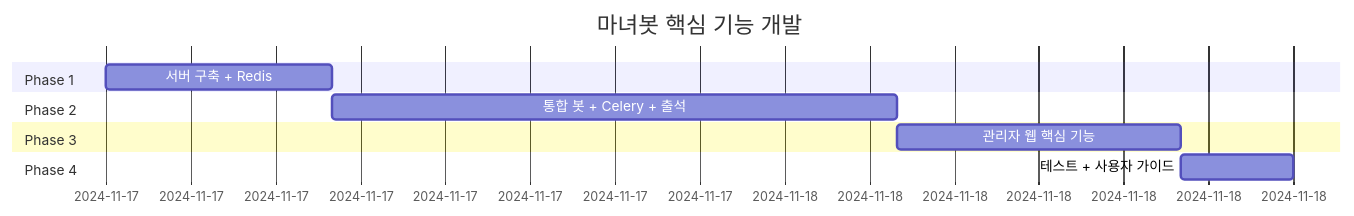
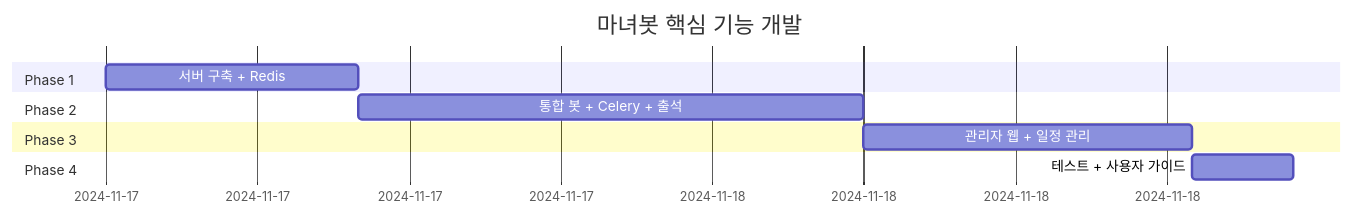
Before and after one commit to NinoNinoNinoling/commumanager: the diagram in docs/로드맵.md, drawn with Mermaid. The commit also changed other lines of this file and 2 other files, not shown here.

````diff
--- a/docs/로드맵.md
+++ b/docs/로드맵.md
@@ -9,13 +9,13 @@
 ```mermaid
 gantt
     title 마녀봇 핵심 기능 개발
     dateFormat  YYYY-MM-DD
     section Phase 1
-    서버 구축 + Redis      :p1, 2024-11-17, 8h
+    서버 구축 + Redis      :p1, 2024-11-17, 10h
     section Phase 2
     통합 봇 + Celery + 출석 :p2, after p1, 20h
     section Phase 3
-    관리자 웹 핵심 기능    :p3, after p2, 10h
+    관리자 웹 + 일정 관리   :p3, after p2, 13h
     section Phase 4
     테스트 + 사용자 가이드 :p4, after p3, 4h
 ```
````
